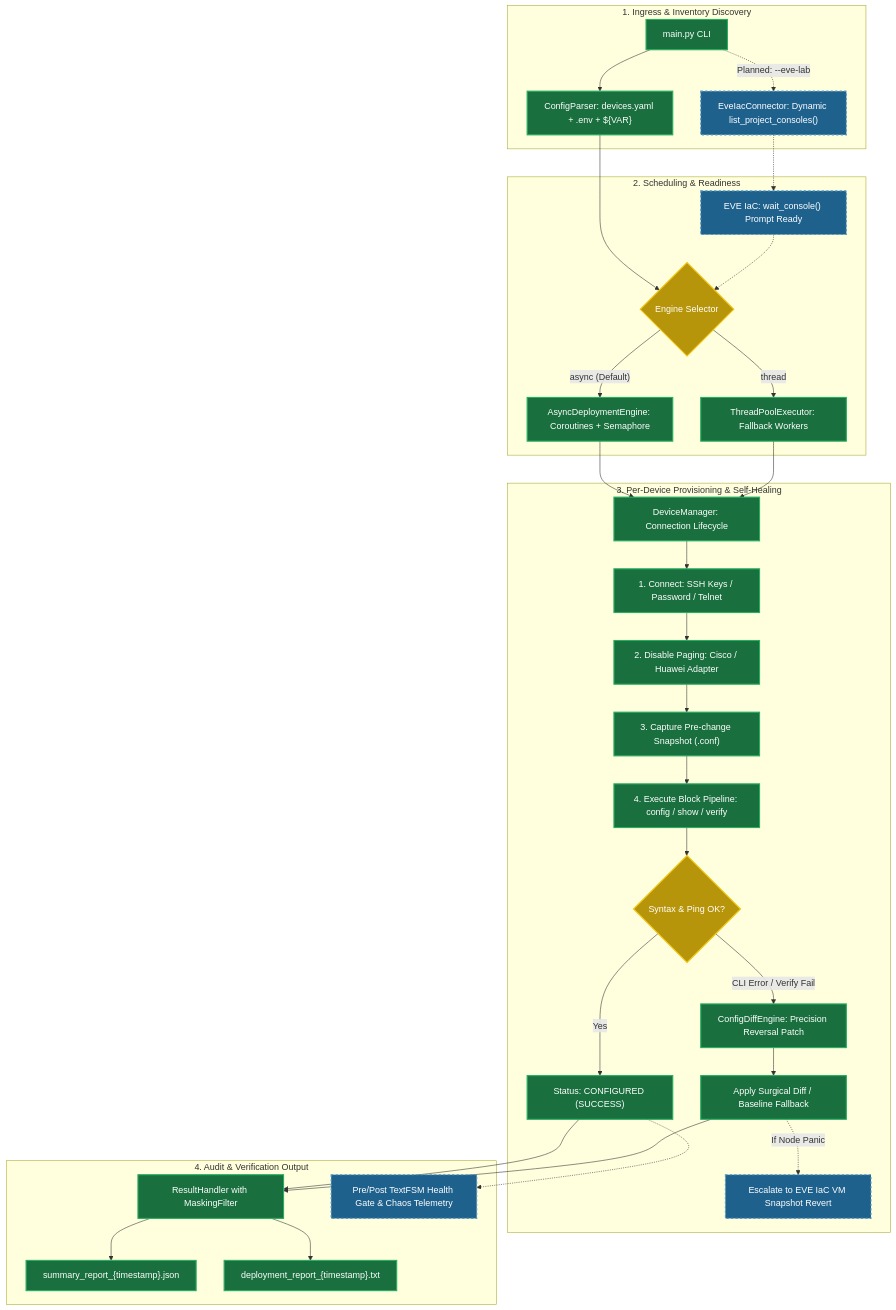
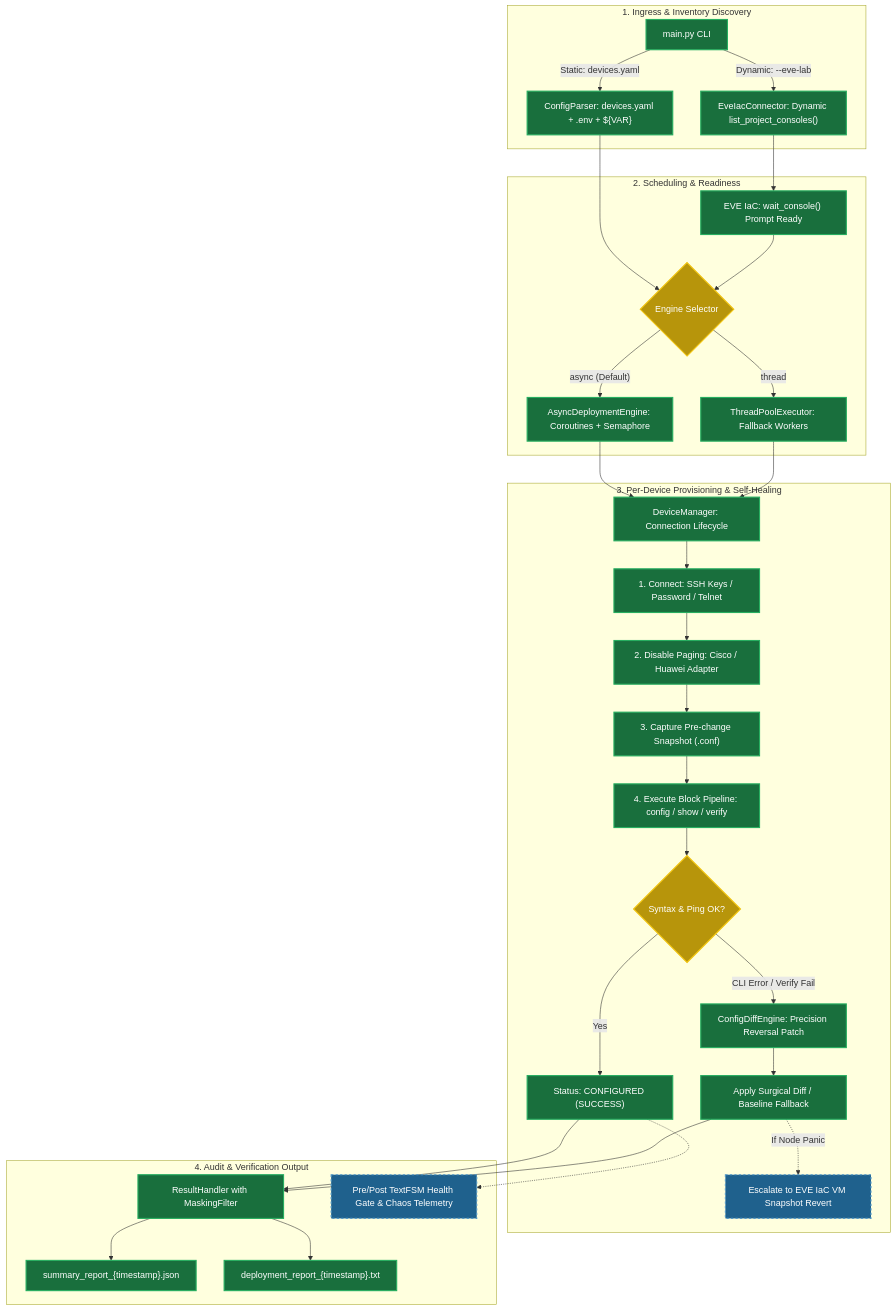
Before and after one commit to shaolinzhou/PNetGimini: the diagram in README.md, drawn with Mermaid. The commit also changed other lines of this file and 5 other files, not shown here.

Commit message:
feat(v3.2): implement EVE IaC connector, dynamic console discovery, and prompt synchronization

````diff
--- a/README.md
+++ b/README.md
@@ -41,61 +41,61 @@
 ```mermaid
 flowchart TD
     %% Status Styling Classes
     classDef implemented fill:#196f3d,stroke:#27ae60,stroke-width:2px,color:#ffffff;
     classDef planned fill:#1f618d,stroke:#5499c7,stroke-width:2px,stroke-dasharray: 4 4,color:#ffffff;
     classDef decision fill:#b7950b,stroke:#f1c40f,stroke-width:2px,color:#ffffff;
 
     subgraph Stage1 ["1. Ingress & Inventory Discovery"]
         A["main.py CLI"]:::implemented
         B1["ConfigParser: devices.yaml + .env + ${VAR}"]:::implemented
-        B2["EveIacConnector: Dynamic list_project_consoles()"]:::planned
-        A --> B1
-        A -.->|"Planned: --eve-lab"| B2
+        B2["EveIacConnector: Dynamic list_project_consoles()"]:::implemented
+        A -->|"Static: devices.yaml"| B1
+        A -->|"Dynamic: --eve-lab"| B2
     end
 
     subgraph Stage2 ["2. Scheduling & Readiness"]
-        W["EVE IaC: wait_console() Prompt Ready"]:::planned
+        W["EVE IaC: wait_console() Prompt Ready"]:::implemented
         C{"Engine Selector"}:::decision
         D1["AsyncDeploymentEngine: Coroutines + Semaphore"]:::implemented
         D2["ThreadPoolExecutor: Fallback Workers"]:::implemented
         B1 --> C
-        B2 -.-> W
-        W -.-> C
+        B2 --> W
+        W --> C
         C -->|"async (Default)"| D1
         C -->|"thread"| D2
     end
 
     subgraph Stage3 ["3. Per-Device Provisioning & Self-Healing"]
         E["DeviceManager: Connection Lifecycle"]:::implemented
         D1 --> E
         D2 --> E
         F1["1. Connect: SSH Keys / Password / Telnet"]:::implemented
         F2["2. Disable Paging: Cisco / Huawei Adapter"]:::implemented
         F3["3. Capture Pre-change Snapshot (.conf)"]:::implemented
         F4["4. Execute Block Pipeline: config / show / verify"]:::implemented
         F5{"Syntax & Ping OK?"}:::decision
         F6["Status: CONFIGURED (SUCCESS)"]:::implemented
         F7["ConfigDiffEngine: Precision Reversal Patch"]:::implemented
         F8["Apply Surgical Diff / Baseline Fallback"]:::implemented
         F9["Escalate to EVE IaC VM Snapshot Revert"]:::planned
 
         E --> F1 --> F2 --> F3 --> F4 --> F5
         F5 -->|"Yes"| F6
         F5 -->|"CLI Error / Verify Fail"| F7
         F7 --> F8
         F8 -.->|"If Node Panic"| F9
     end
 
     subgraph Stage4 ["4. Audit & Verification Output"]
         G["ResultHandler with MaskingFilter"]:::implemented
         H1["summary_report_{timestamp}.json"]:::implemented
         H2["deployment_report_{timestamp}.txt"]:::implemented
         H3["Pre/Post TextFSM Health Gate & Chaos Telemetry"]:::planned
 
         F6 --> G
         F8 --> G
         G --> H1
         G --> H2
         F6 -.-> H3
     end
 ```
````
